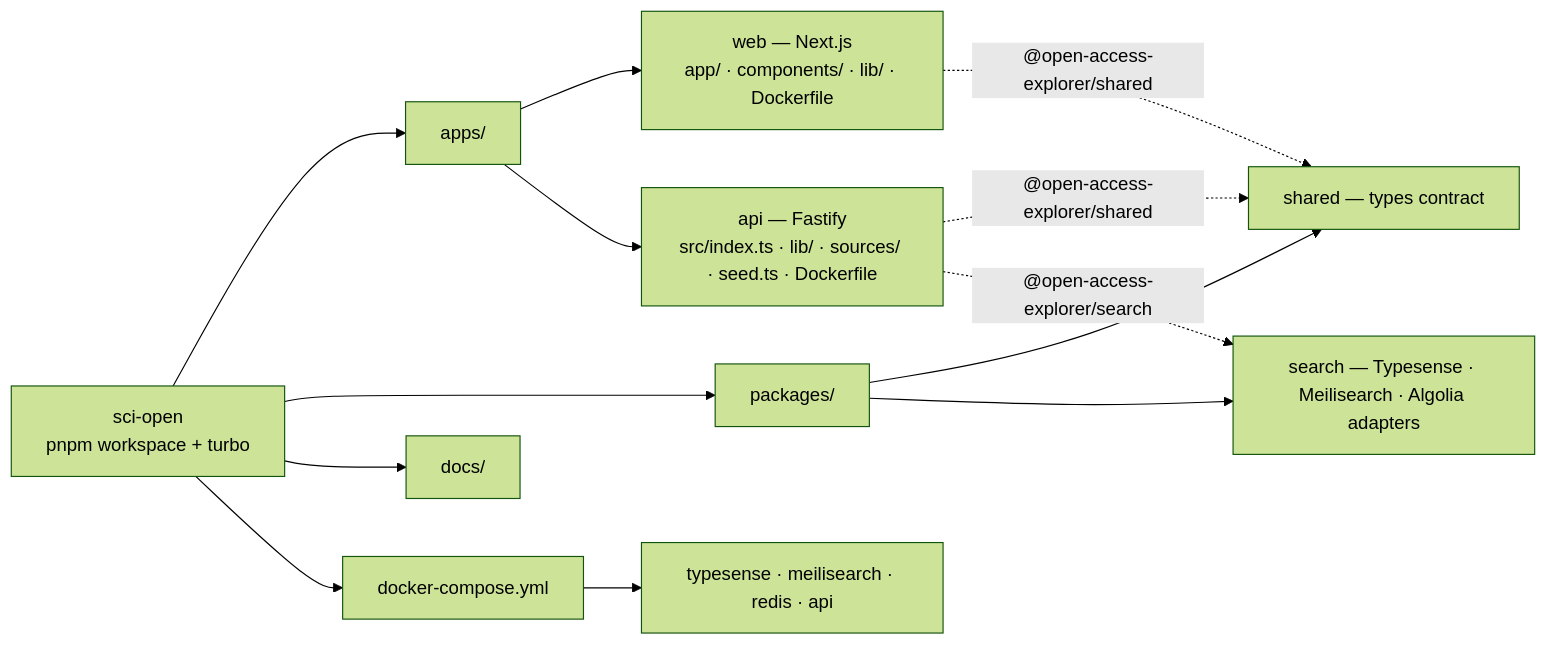
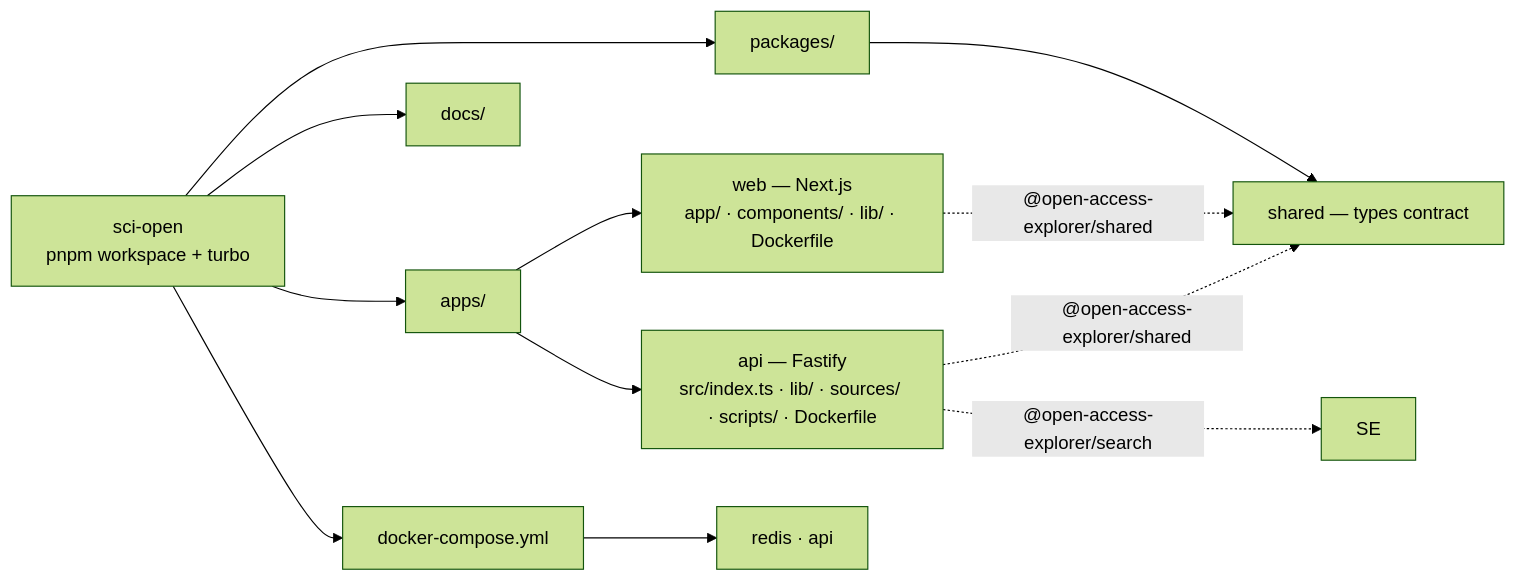
The fourth of 4 diagrams in docs/architecture-diagram.md (matiasrodlo/sci-open), drawn with Mermaid (forest theme) before and after one commit. The commit also changed other lines of this file and 17 other files, not shown here.

````diff
--- a/docs/architecture-diagram.md
+++ b/docs/architecture-diagram.md
@@ -331,20 +322,19 @@
 ```mermaid
 flowchart LR
   ROOT["sci-open<br/>pnpm workspace + turbo"]
   ROOT --> APPS["apps/"]
   ROOT --> PKG["packages/"]
   ROOT --> DOCS["docs/"]
   ROOT --> DC["docker-compose.yml"]
 
   APPS --> W["web — Next.js<br/>app/ · components/ · lib/ · Dockerfile"]
-  APPS --> A["api — Fastify<br/>src/index.ts · lib/ · sources/ · seed.ts · Dockerfile"]
+  APPS --> A["api — Fastify<br/>src/index.ts · lib/ · sources/ · scripts/ · Dockerfile"]
 
   PKG --> SH["shared — types contract"]
-  PKG --> SE["search — Typesense · Meilisearch · Algolia adapters"]
 
   W -.->|"@open-access-explorer/shared"| SH
   A -.->|"@open-access-explorer/shared"| SH
   A -.->|"@open-access-explorer/search"| SE
 
-  DC --> SVC["typesense · meilisearch · redis · api"]
+  DC --> SVC["redis · api"]
 ```
````
